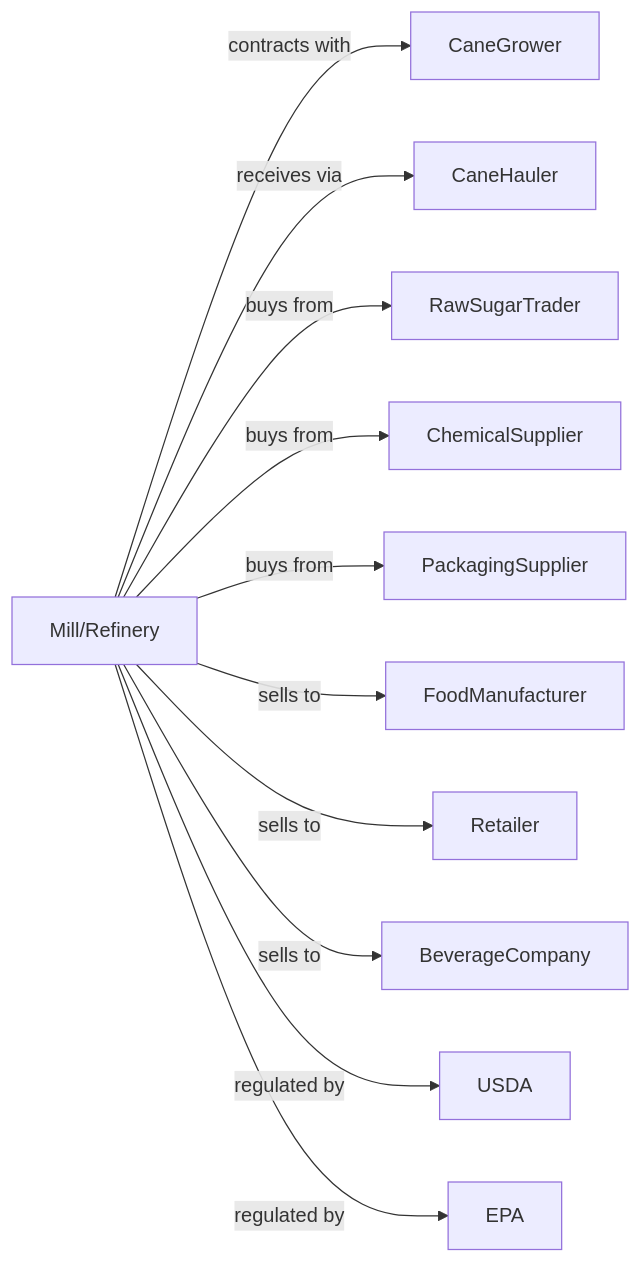
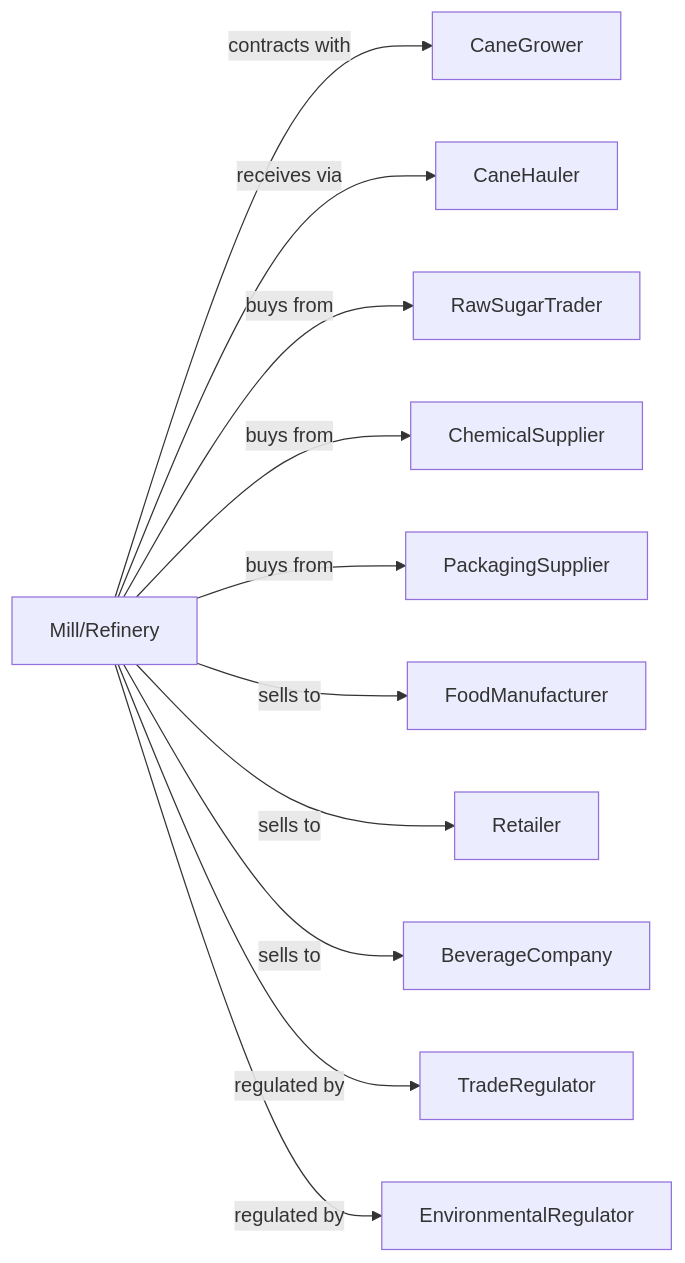
One commit to dot-org-ai/industries.org.ai changed the second of 2 diagrams in Manufacturing/FoodManufacturing/SugarAndConfectioneryProductManufacturing/CaneSugarManufacturing.mdx. Above: the diagram before and after it, drawn with Mermaid. The commit also changed other lines of this file and 639 other files, not shown here.

````diff
--- a/Manufacturing/FoodManufacturing/SugarAndConfectioneryProductManufacturing/CaneSugarManufacturing.mdx
+++ b/Manufacturing/FoodManufacturing/SugarAndConfectioneryProductManufacturing/CaneSugarManufacturing.mdx
@@ -140,15 +140,15 @@
 ```mermaid
 graph LR
     M[Mill/Refinery]
 
     M -->|contracts with| CaneGrower
     M -->|receives via| CaneHauler
     M -->|buys from| RawSugarTrader
     M -->|buys from| ChemicalSupplier
     M -->|buys from| PackagingSupplier
     M -->|sells to| FoodManufacturer
     M -->|sells to| Retailer
     M -->|sells to| BeverageCompany
-    M -->|regulated by| USDA
-    M -->|regulated by| EPA
+    M -->|regulated by| TradeRegulator
+    M -->|regulated by| EnvironmentalRegulator
 ```
````
